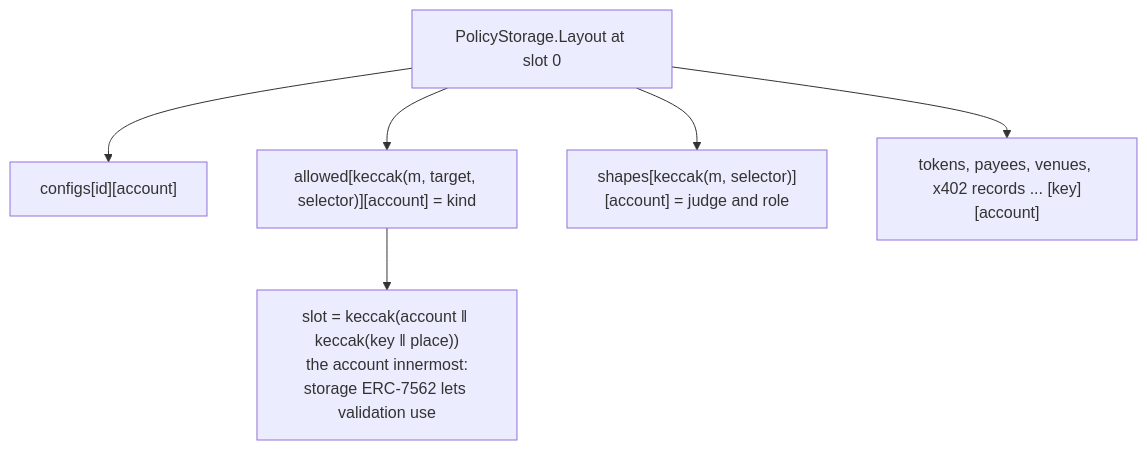
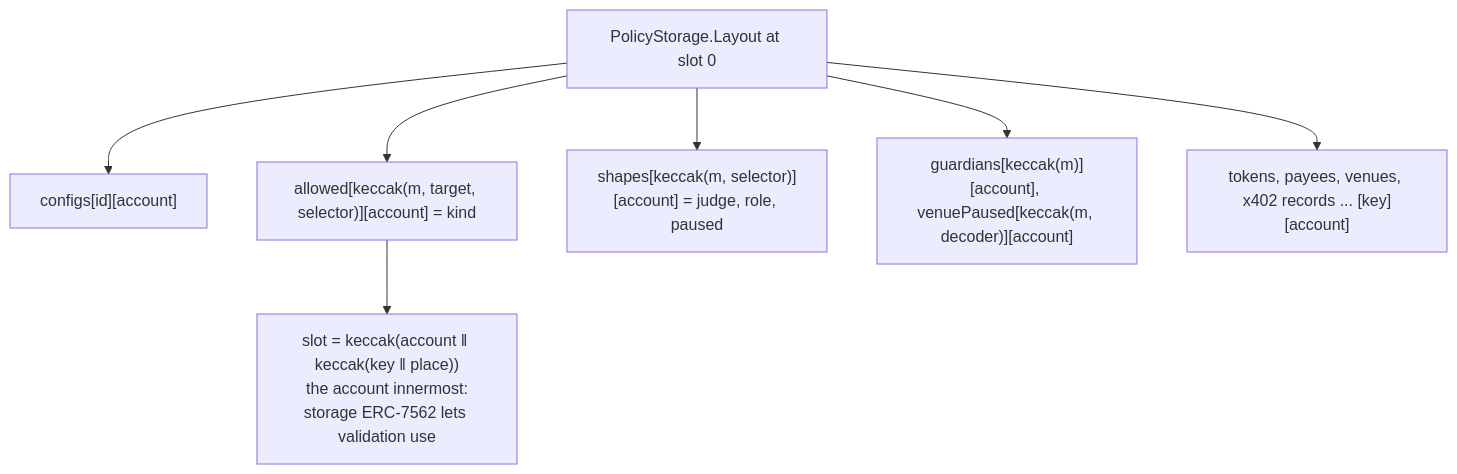
Before and after one commit to postcryptum-research/agent-keys: the fifth of 5 diagrams in docs/ARCHITECTURE.md, drawn with Mermaid. The commit also changed other lines of this file and 8 other files, not shown here.

````diff
--- a/docs/ARCHITECTURE.md
+++ b/docs/ARCHITECTURE.md
@@ -198,8 +227,9 @@
 ```mermaid
 flowchart TB
     L["PolicyStorage.Layout at slot 0"] --> C["configs[id][account]"]
     L --> A["allowed[keccak(m, target, selector)][account] = kind"]
-    L --> S["shapes[keccak(m, selector)][account] = judge and role"]
+    L --> S["shapes[keccak(m, selector)][account] = judge, role, paused"]
+    L --> GD["guardians[keccak(m)][account], venuePaused[keccak(m, decoder)][account]"]
     L --> T["tokens, payees, venues, x402 records ... [key][account]"]
     A --> R["slot = keccak(account ‖ keccak(key ‖ place))<br/>the account innermost:<br/>storage ERC-7562 lets validation use"]
 ```
````
